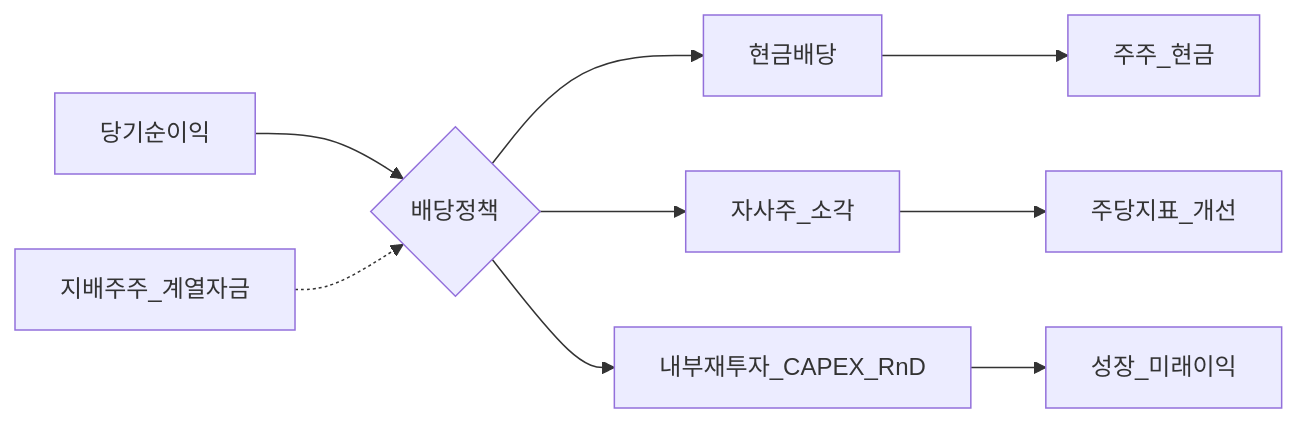
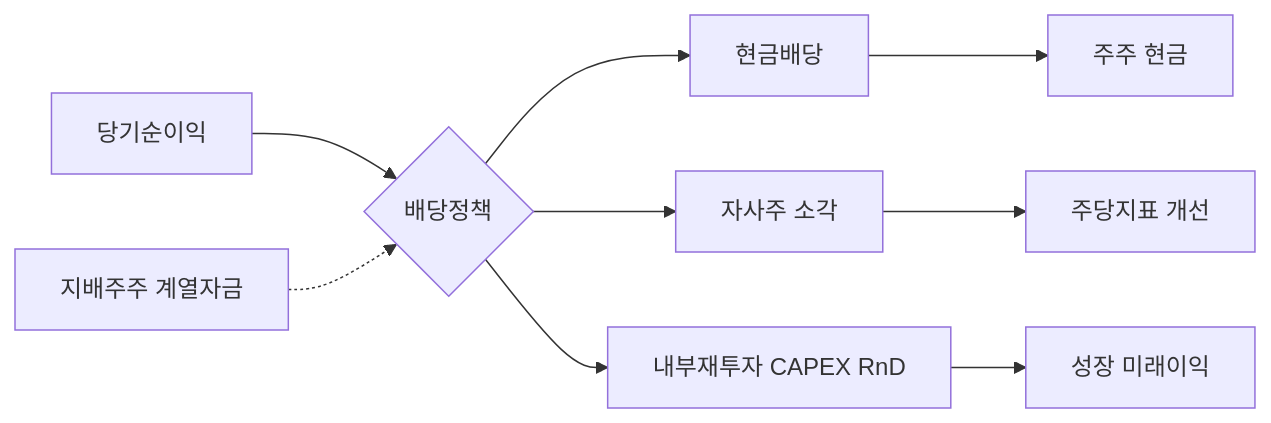
Before and after one commit to goldanghenry/Finances: the second of 4 diagrams in 03-markets/corporate-governance-minority.md, drawn with Mermaid. The commit also changed other lines of this file and 211 other files, not shown here.

````diff
--- a/03-markets/corporate-governance-minority.md
+++ b/03-markets/corporate-governance-minority.md
@@ -131,11 +139,11 @@
 ```mermaid
 flowchart LR
   NI[당기순이익] --> Pol{배당정책}
   Pol --> Div[현금배당]
-  Pol --> Buy[자사주_소각]
-  Pol --> Ret[내부재투자_CAPEX_RnD]
-  Div --> SHM[주주_현금]
-  Buy --> EPS[주당지표_개선]
-  Ret --> Gr[성장_미래이익]
-  Ctrl2[지배주주_계열자금] -.-> Pol
+  Pol --> Buy["자사주 소각"]
+  Pol --> Ret["내부재투자 CAPEX RnD"]
+  Div --> SHM["주주 현금"]
+  Buy --> EPS["주당지표 개선"]
+  Ret --> Gr["성장 미래이익"]
+  Ctrl2["지배주주 계열자금"] -.-> Pol
 ```
````
